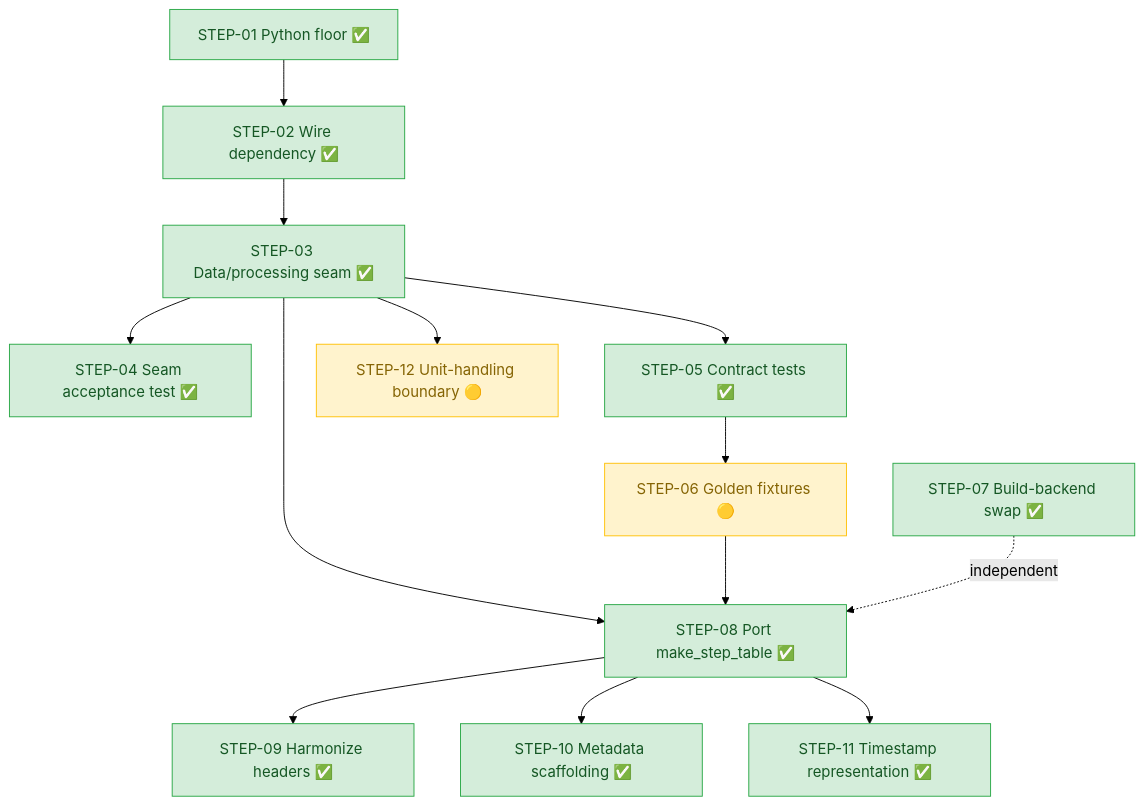
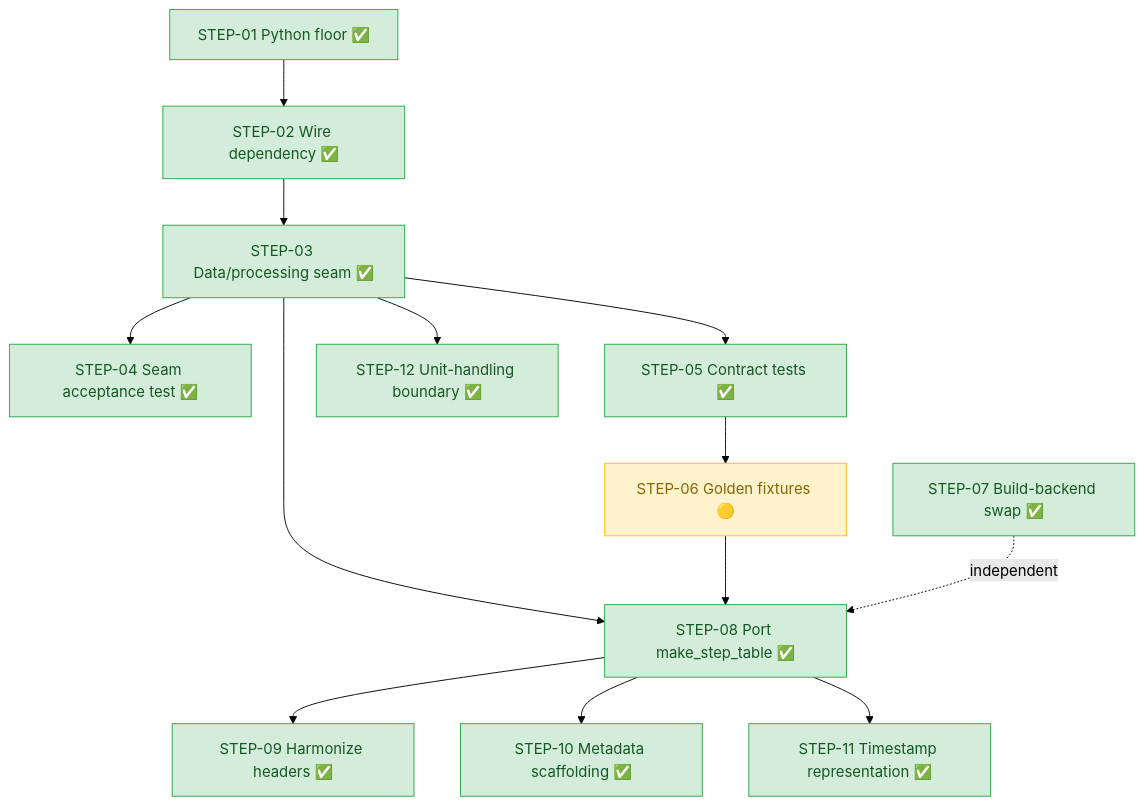
The diagram in .issueflows/04-designs-and-guides/cellpy-core-integration-roadmap.md (cellpy/cellpy-core), drawn with Mermaid (forest theme) before and after one commit. The commit also changed other lines of this file, not shown here.

First line of the commit message:
docs(roadmap): mark STEP-12 unit-handling boundary done (#144)

````diff
--- a/.issueflows/04-designs-and-guides/cellpy-core-integration-roadmap.md
+++ b/.issueflows/04-designs-and-guides/cellpy-core-integration-roadmap.md
@@ -330,21 +334,21 @@
 ```mermaid
 flowchart TD
     S01["STEP-01 Python floor ✅"] --> S02["STEP-02 Wire dependency ✅"]
     S02 --> S03["STEP-03 Data/processing seam ✅"]
     S03 --> S04["STEP-04 Seam acceptance test ✅"]
     S03 --> S05["STEP-05 Contract tests ✅"]
     S05 --> S06["STEP-06 Golden fixtures 🟡"]
     S03 --> S08["STEP-08 Port make_step_table ✅"]
     S06 --> S08
     S08 --> S09["STEP-09 Harmonize headers ✅"]
     S08 --> S10["STEP-10 Metadata scaffolding ✅"]
     S08 --> S11["STEP-11 Timestamp representation ✅"]
-    S03 --> S12["STEP-12 Unit-handling boundary 🟡"]
+    S03 --> S12["STEP-12 Unit-handling boundary ✅"]
     S07["STEP-07 Build-backend swap ✅"] -.independent.-> S08
 
     classDef done fill:#d4edda,stroke:#28a745,color:#155724;
     classDef partly fill:#fff3cd,stroke:#ffc107,color:#856404;
     classDef todo fill:#f8d7da,stroke:#dc3545,color:#721c24;
-    class S01,S02,S03,S04,S05,S07,S08,S09,S10,S11 done;
-    class S06,S12 partly;
+    class S01,S02,S03,S04,S05,S07,S08,S09,S10,S11,S12 done;
+    class S06 partly;
 ```
````
